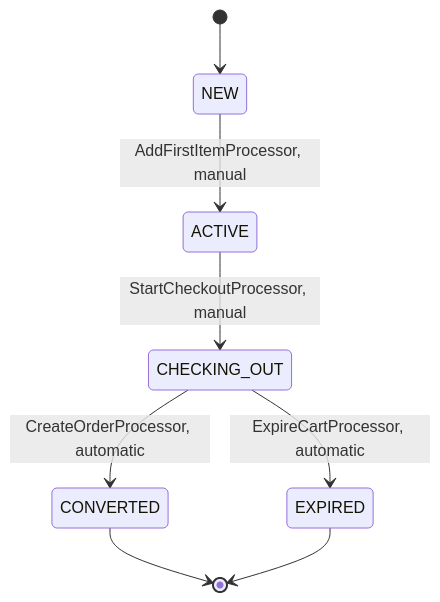
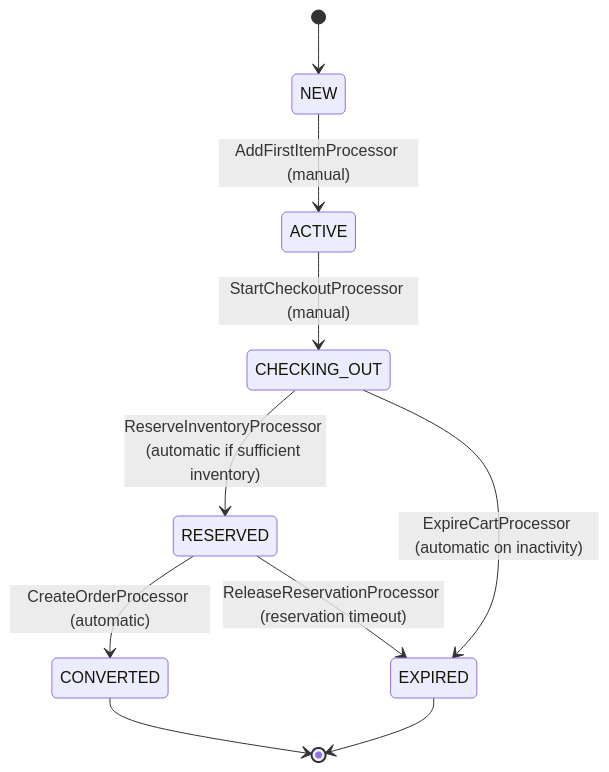
The third of 5 diagrams in src/main/java/com/java_template/prototype/functional_requirement.md (Cyoda-platform/java-client-template), drawn with Mermaid before and after one commit. The commit also changed other lines of this file, not shown here.

````diff
--- a/src/main/java/com/java_template/prototype/functional_requirement.md
+++ b/src/main/java/com/java_template/prototype/functional_requirement.md
@@ -101,10 +181,12 @@
 ```mermaid
 stateDiagram-v2
     [*] --> NEW
-    NEW --> ACTIVE : AddFirstItemProcessor, manual
-    ACTIVE --> CHECKING_OUT : StartCheckoutProcessor, manual
-    CHECKING_OUT --> CONVERTED : CreateOrderProcessor, automatic
-    CHECKING_OUT --> EXPIRED : ExpireCartProcessor, automatic
+    NEW --> ACTIVE : AddFirstItemProcessor (manual)
+    ACTIVE --> CHECKING_OUT : StartCheckoutProcessor (manual)
+    CHECKING_OUT --> RESERVED : ReserveInventoryProcessor (automatic if sufficient inventory)
+    RESERVED --> CONVERTED : CreateOrderProcessor (automatic)
+    CHECKING_OUT --> EXPIRED : ExpireCartProcessor (automatic on inactivity)
+    RESERVED --> EXPIRED : ReleaseReservationProcessor (reservation timeout)
     CONVERTED --> [*]
     EXPIRED --> [*]
 ```
````
